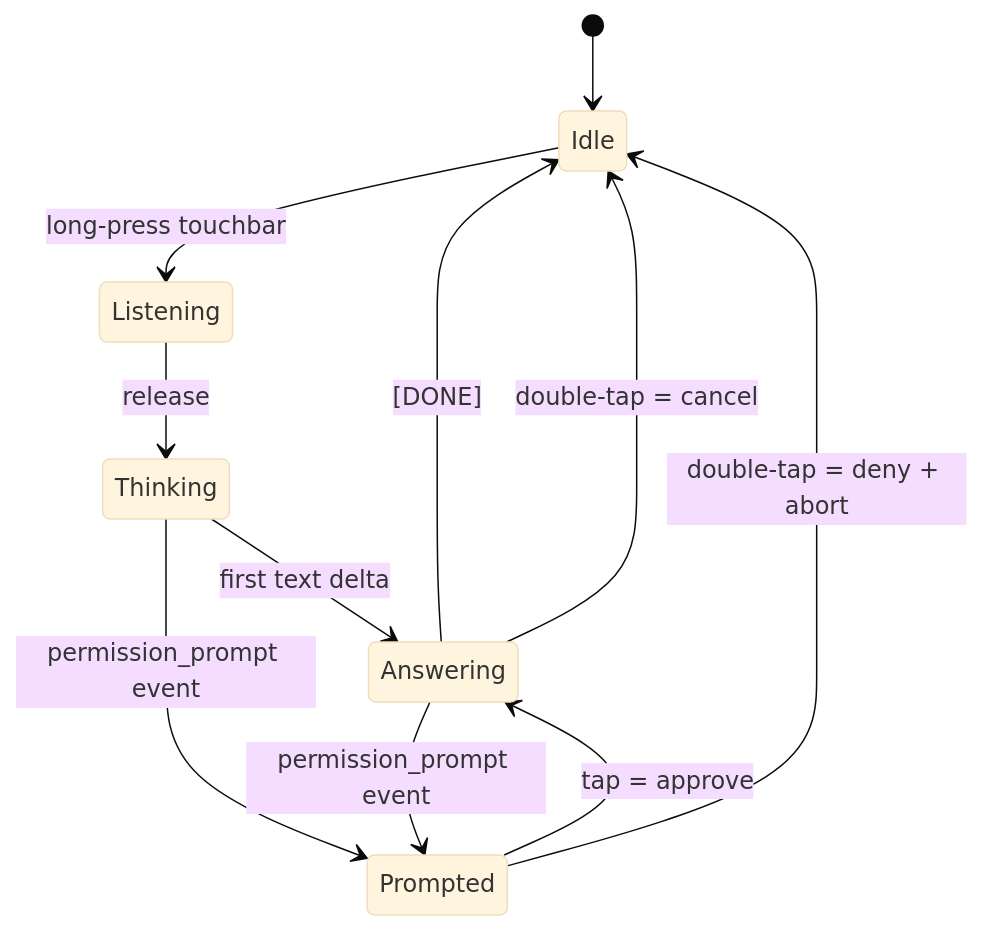
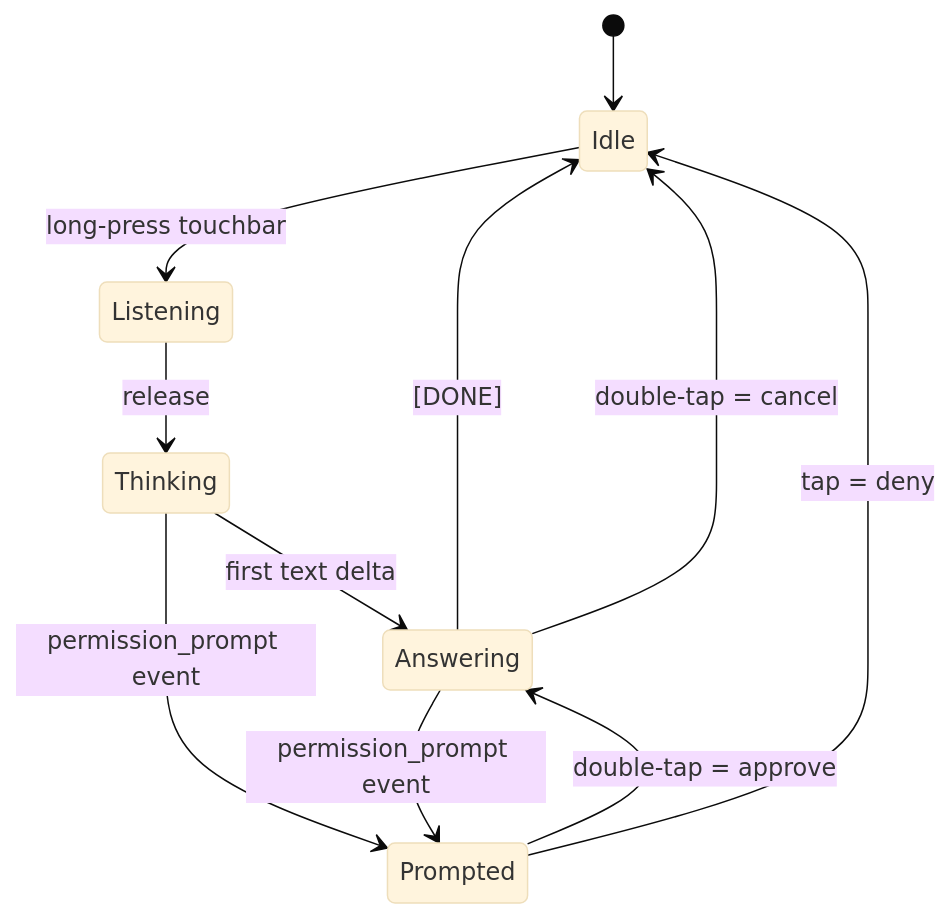
One commit to companionintelligence/CI-Even-Realities changed the second of 2 diagrams in planning.md. Above: the diagram before and after it, drawn with Mermaid (base theme). The commit also changed other lines of this file and 21 other files, not shown here.

````diff
--- a/planning.md
+++ b/planning.md
@@ -111,13 +111,13 @@
 ```mermaid
 stateDiagram-v2
     [*] --> Idle
     Idle --> Listening: long-press touchbar
     Listening --> Thinking: release
     Thinking --> Answering: first text delta
     Thinking --> Prompted: permission_prompt event
     Answering --> Prompted: permission_prompt event
     Answering --> Idle: [DONE]
-    Prompted --> Answering: tap = approve
-    Prompted --> Idle: double-tap = deny + abort
+    Prompted --> Answering: double-tap = approve
+    Prompted --> Idle: tap = deny
     Answering --> Idle: double-tap = cancel
 ```
````
